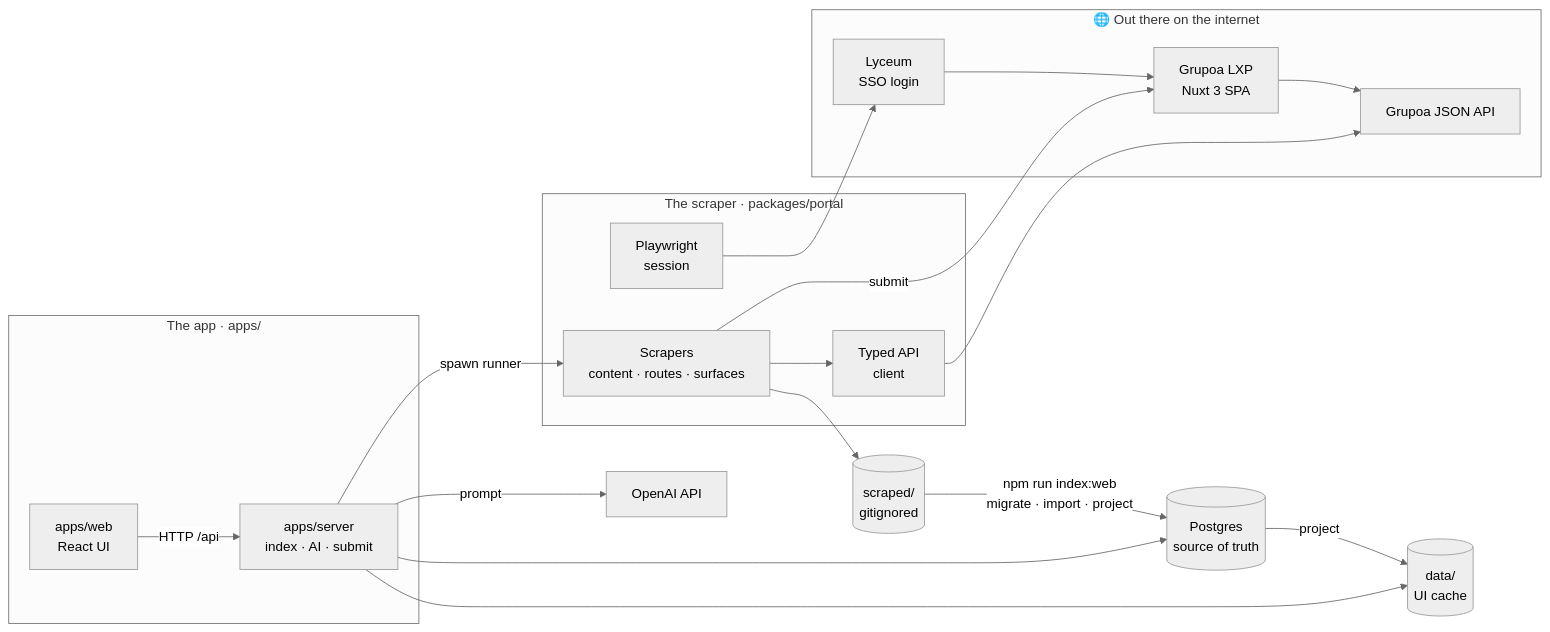
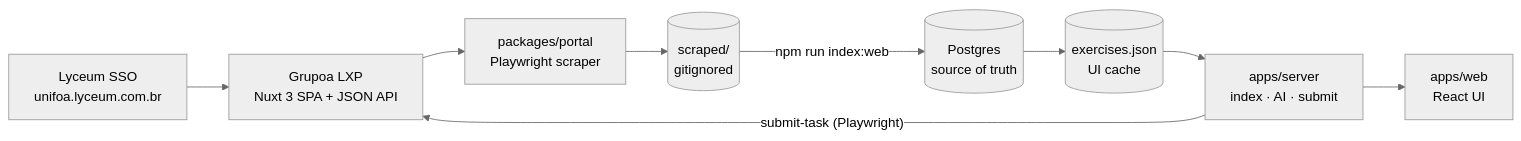
One commit to GustavoHeringerCurcio/lxp-toolkit changed the diagram in README.md. Above: the diagram before and after it, drawn with Mermaid (neutral theme). The commit also changed other lines of this file and 16 other files, not shown here.

First line of the commit message:
refactor: update architecture documentation and improve clarity on components and processes

````diff
--- a/README.md
+++ b/README.md
@@ -68,38 +56,11 @@
 ```mermaid
 flowchart LR
-    subgraph External["🌐 Out there on the internet"]
-        LY["Lyceum<br/>SSO login"]
-        LXP["Grupoa LXP<br/>Nuxt 3 SPA"]
-        API["Grupoa JSON API"]
-    end
-
-    subgraph Portal["The scraper · packages/portal"]
-        PW["Playwright<br/>session"]
-        CL["Typed API<br/>client"]
-        SCR["Scrapers<br/>content · routes · surfaces"]
-    end
-
-    subgraph App["The app · apps/"]
-        WEB["apps/web<br/>React UI"]
-        SRV["apps/server<br/>index · AI · submit"]
-    end
-
-    SCRAPED[("scraped/<br/>gitignored")]
-    PG[("Postgres<br/>source of truth")]
-    DATA[("data/<br/>UI cache")]
-
-    LY --> LXP
-    LXP --> API
-    PW --> LY
-    CL --> API
-    SCR --> CL
-    SCR --> SCRAPED
-    SCRAPED -->|"npm run index:web<br/>migrate · import · project"| PG
-    PG -->|project| DATA
-    WEB -->|HTTP /api| SRV
-    SRV --> PG
-    SRV --> DATA
-    SRV -->|prompt| OAI["OpenAI API"]
-    SRV -->|spawn runner| SCR
-    SCR -->|submit| LXP
+    SSO["Lyceum SSO<br/>unifoa.lyceum.com.br"] --> LXP["Grupoa LXP<br/>Nuxt 3 SPA + JSON API"]
+    LXP --> SCRAPER["packages/portal<br/>Playwright scraper"]
+    SCRAPER --> RAW[("scraped/<br/>gitignored")]
+    RAW -->|"npm run index:web"| PG[("Postgres<br/>source of truth")]
+    PG --> CACHE[("exercises.json<br/>UI cache")]
+    CACHE --> SERVER["apps/server<br/>index · AI · submit"]
+    SERVER --> WEB["apps/web<br/>React UI"]
+    SERVER -->|"submit-task (Playwright)"| LXP
 ```
````
